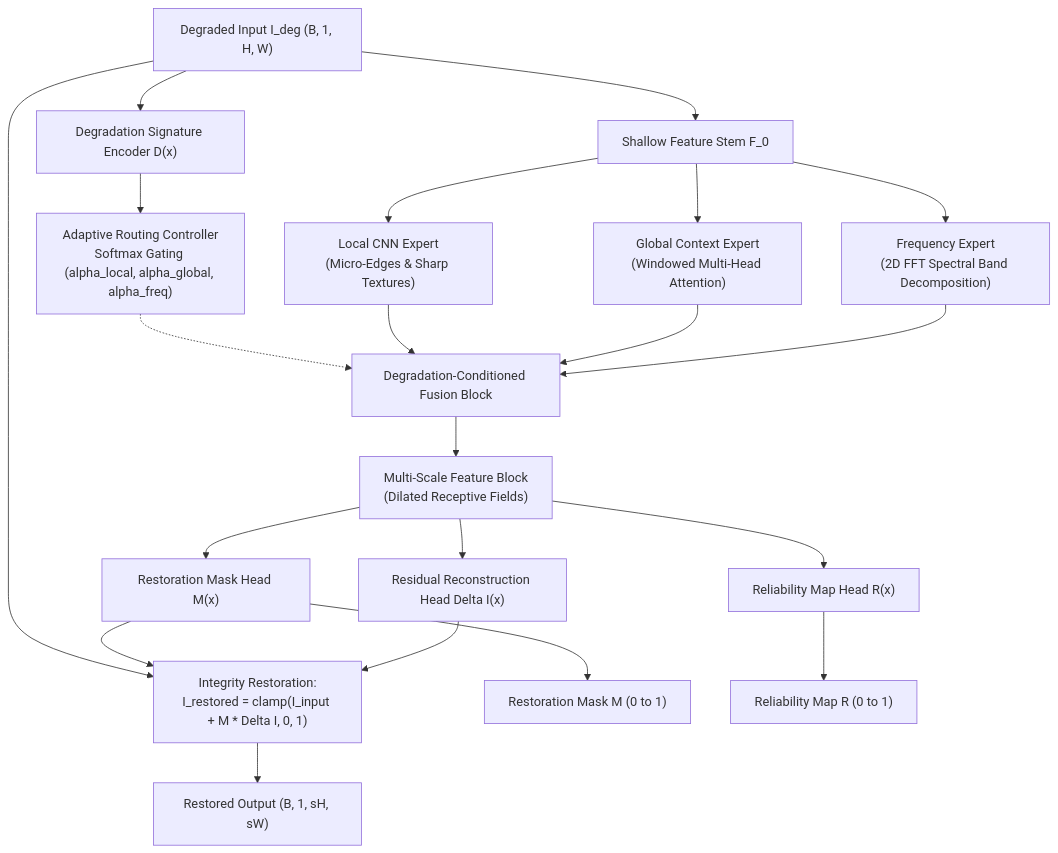
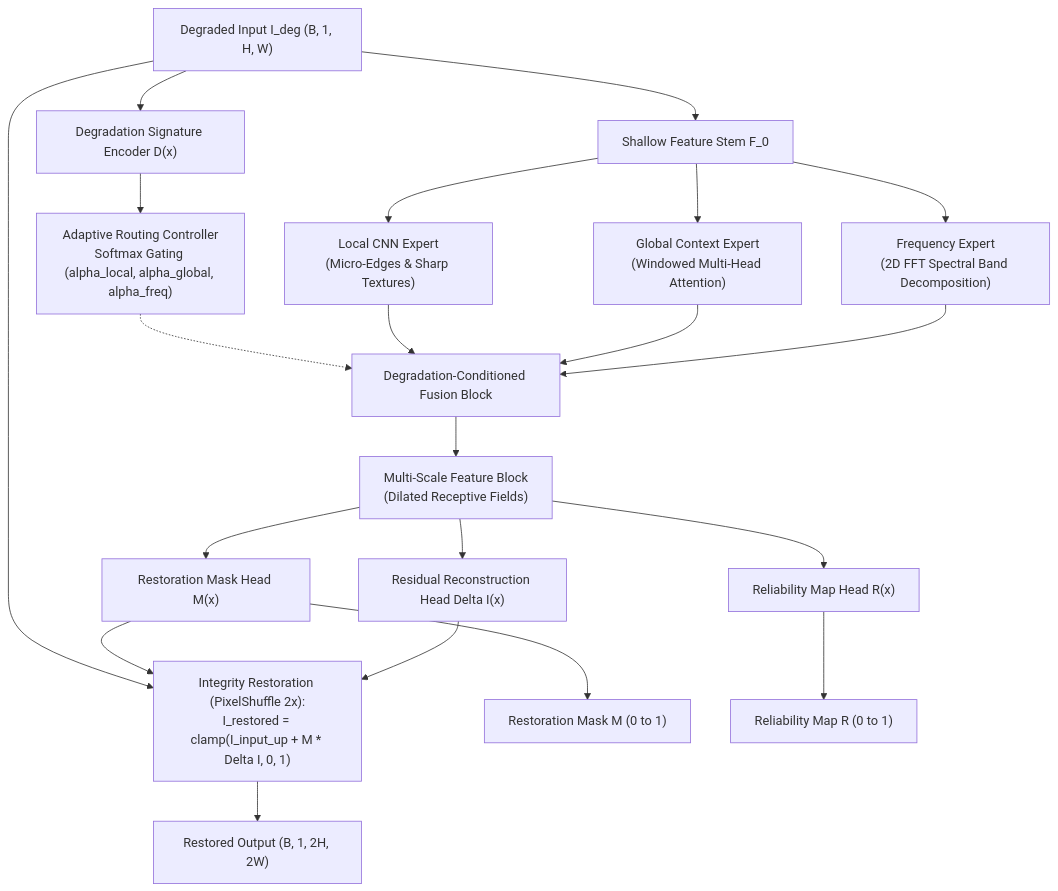
The diagram in README.md (udhaya987/AIRIS-Net), drawn with Mermaid before and after one commit. The commit also changed other lines of this file and 25 other files, not shown here.

````diff
--- a/README.md
+++ b/README.md
@@ -38,30 +39,30 @@
 ```mermaid
 flowchart TD
     In["Degraded Input I_deg (B, 1, H, W)"] --> Stem["Shallow Feature Stem F_0"]
     In --> DSE["Degradation Signature Encoder D(x)"]
     
     DSE --> Router["Adaptive Routing Controller\nSoftmax Gating (alpha_local, alpha_global, alpha_freq)"]
     
     Stem --> LocalExp["Local CNN Expert\n(Micro-Edges & Sharp Textures)"]
     Stem --> GlobalExp["Global Context Expert\n(Windowed Multi-Head Attention)"]
     Stem --> FreqExp["Frequency Expert\n(2D FFT Spectral Band Decomposition)"]
     
     Router -.-> Fusion["Degradation-Conditioned Fusion Block"]
     LocalExp --> Fusion
     GlobalExp --> Fusion
     FreqExp --> Fusion
     
     Fusion --> MultiScale["Multi-Scale Feature Block\n(Dilated Receptive Fields)"]
     
     MultiScale --> MaskHead["Restoration Mask Head M(x)"]
     MultiScale --> ResHead["Residual Reconstruction Head Delta I(x)"]
     MultiScale --> RelHead["Reliability Map Head R(x)"]
     
-    In --> ResidualFuse["Integrity Restoration:\nI_restored = clamp(I_input + M * Delta I, 0, 1)"]
+    In --> ResidualFuse["Integrity Restoration (PixelShuffle 2x):\nI_restored = clamp(I_input_up + M * Delta I, 0, 1)"]
     MaskHead --> ResidualFuse
     ResHead --> ResidualFuse
     
-    ResidualFuse --> OutImg["Restored Output (B, 1, sH, sW)"]
+    ResidualFuse --> OutImg["Restored Output (B, 1, 2H, 2W)"]
     MaskHead --> OutMask["Restoration Mask M (0 to 1)"]
     RelHead --> OutRel["Reliability Map R (0 to 1)"]
 ```
````
